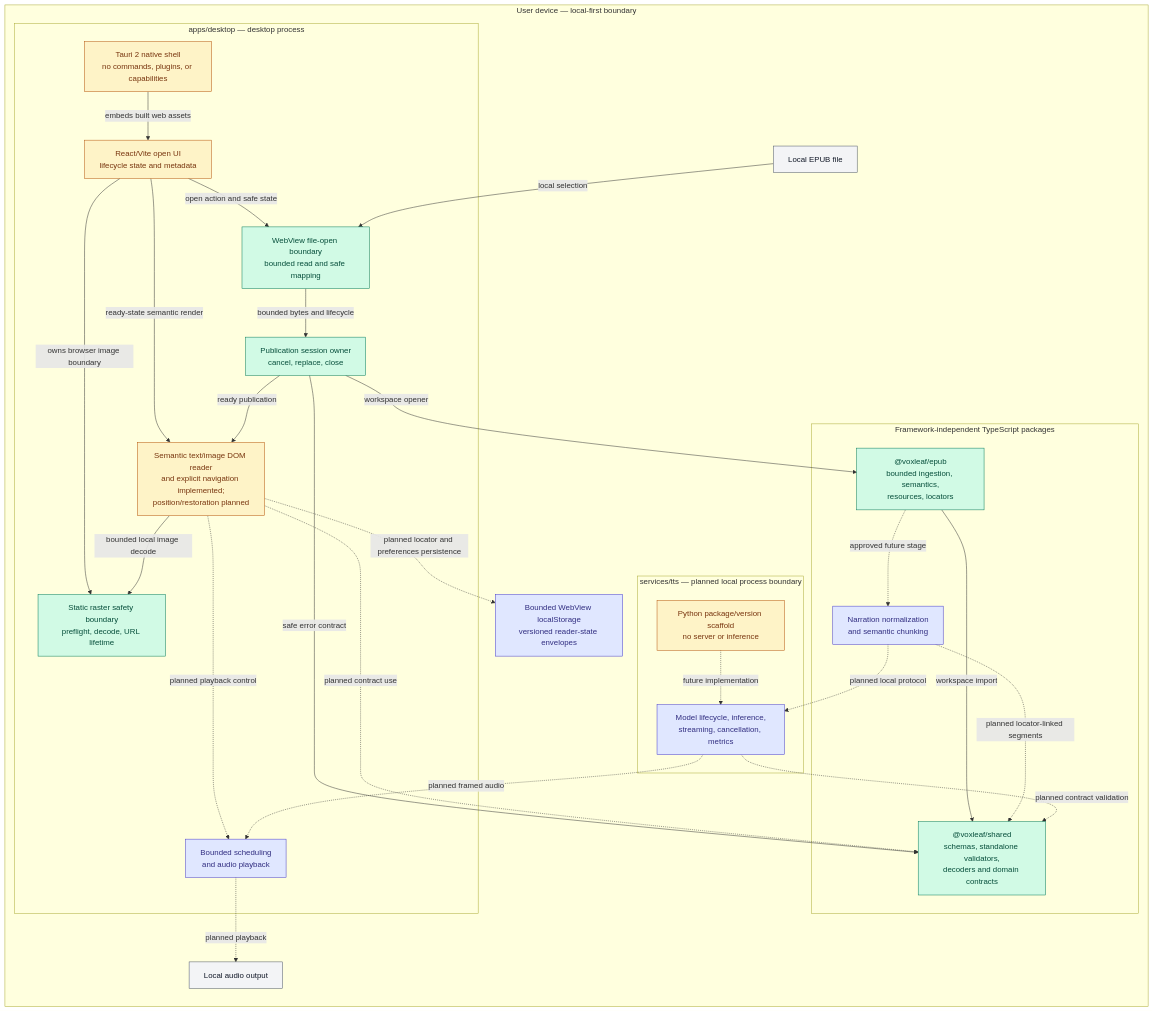
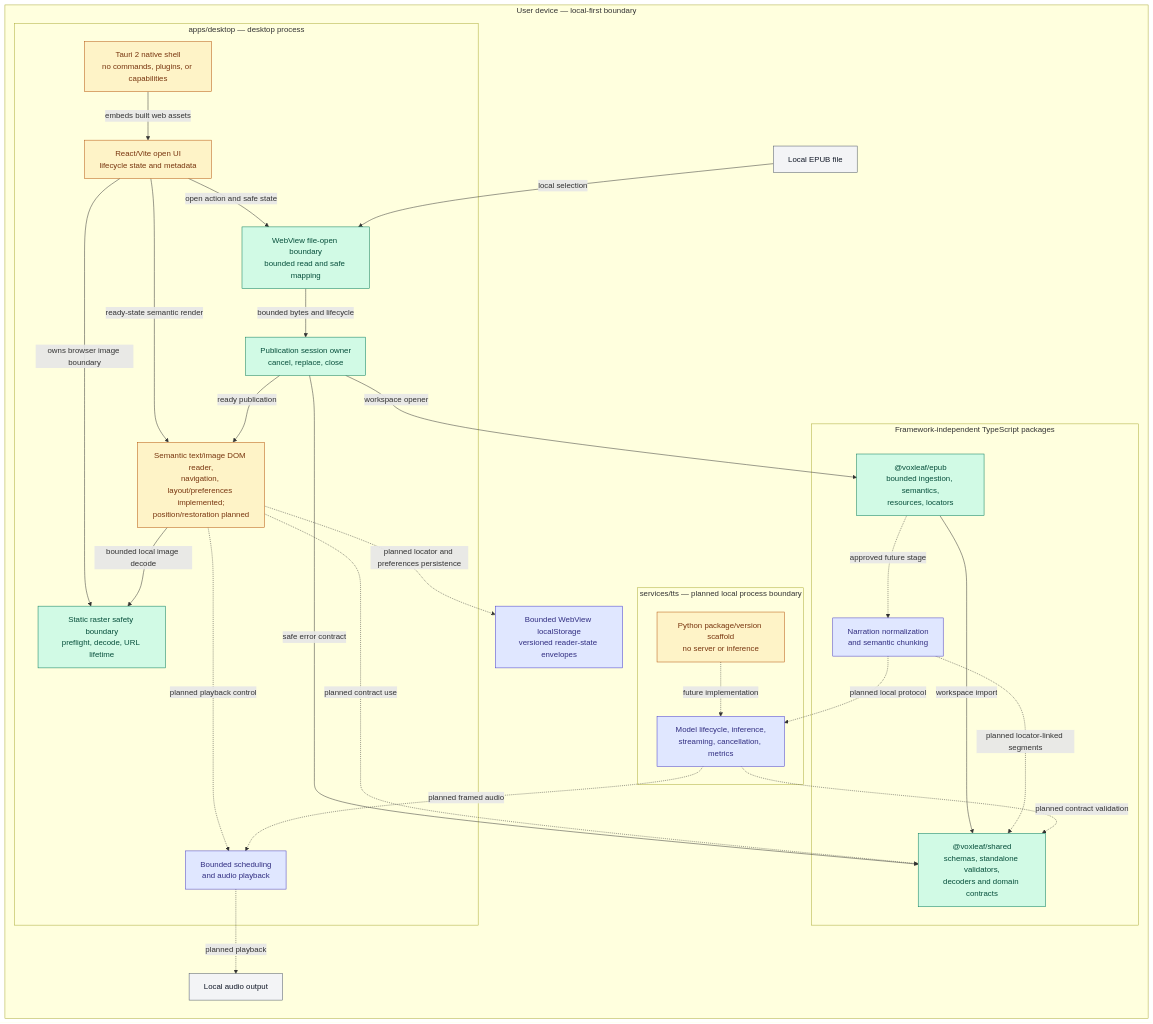
One commit to mmjosedaniel/voxleaf changed the first of 2 diagrams in docs/architecture/system-diagram.md. Above: the diagram before and after it, drawn with Mermaid. The commit also changed other lines of this file and 13 other files, not shown here.

Commit message:
Implement approved reader layout and preferences (#59)

````diff
--- a/docs/architecture/system-diagram.md
+++ b/docs/architecture/system-diagram.md
@@ -24,56 +24,56 @@
 ```mermaid
 flowchart LR
   classDef implemented fill:#d1fae5,stroke:#047857,color:#064e3b
   classDef partial fill:#fef3c7,stroke:#b45309,color:#78350f
   classDef planned fill:#e0e7ff,stroke:#4338ca,color:#312e81
   classDef external fill:#f3f4f6,stroke:#4b5563,color:#111827
 
   subgraph device["User device — local-first boundary"]
     epubFile["Local EPUB file"]:::external
     audioDevice["Local audio output"]:::external
     readingStore["Bounded WebView localStorage<br/>versioned reader-state envelopes"]:::planned
 
     subgraph desktop["apps/desktop — desktop process"]
       nativeShell["Tauri 2 native shell<br/>no commands, plugins, or capabilities"]:::partial
       webShell["React/Vite open UI<br/>lifecycle state and metadata"]:::partial
       fileBoundary["WebView file-open boundary<br/>bounded read and safe mapping"]:::implemented
       rasterBoundary["Static raster safety boundary<br/>preflight, decode, URL lifetime"]:::implemented
       publicationSession["Publication session owner<br/>cancel, replace, close"]:::implemented
-      reader["Semantic text/image DOM reader<br/>and explicit navigation implemented;<br/>position/restoration planned"]:::partial
+      reader["Semantic text/image DOM reader,<br/>navigation, layout/preferences implemented;<br/>position/restoration planned"]:::partial
       player["Bounded scheduling<br/>and audio playback"]:::planned
       nativeShell -->|embeds built web assets| webShell
       webShell -->|open action and safe state| fileBoundary
       webShell -->|owns browser image boundary| rasterBoundary
       webShell -->|ready-state semantic render| reader
       fileBoundary -->|bounded bytes and lifecycle| publicationSession
       publicationSession -->|ready publication| reader
       reader -->|bounded local image decode| rasterBoundary
       reader -. planned playback control .-> player
     end
 
     subgraph libraries["Framework-independent TypeScript packages"]
       shared["@voxleaf/shared<br/>schemas, standalone validators,<br/>decoders and domain contracts"]:::implemented
       epub["@voxleaf/epub<br/>bounded ingestion, semantics,<br/>resources, locators"]:::implemented
       narration["Narration normalization<br/>and semantic chunking"]:::planned
       epub -->|workspace import| shared
       epub -. approved future stage .-> narration
     end
 
     subgraph tts["services/tts — planned local process boundary"]
       ttsFoundation["Python package/version scaffold<br/>no server or inference"]:::partial
       ttsRuntime["Model lifecycle, inference,<br/>streaming, cancellation, metrics"]:::planned
       ttsFoundation -. future implementation .-> ttsRuntime
     end
   end
 
   epubFile -->|local selection| fileBoundary
   publicationSession -->|workspace opener| epub
   publicationSession -->|safe error contract| shared
   reader -. planned contract use .-> shared
   reader -. planned locator and preferences persistence .-> readingStore
   narration -. planned locator-linked segments .-> shared
   narration -. planned local protocol .-> ttsRuntime
   ttsRuntime -. planned contract validation .-> shared
   ttsRuntime -. planned framed audio .-> player
   player -. planned playback .-> audioDevice
 ```
````
